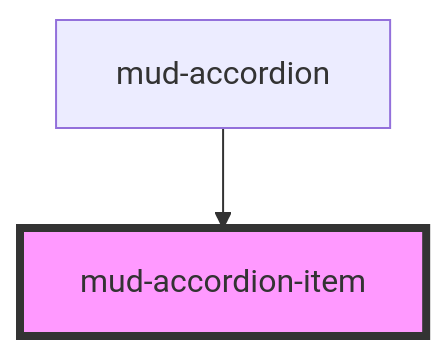
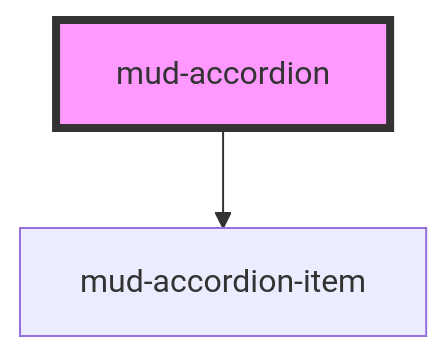
The diagram in src/components/mud-accordion/readme.md (egov-moldova/design-system), drawn with Mermaid before and after one commit. The commit also changed other lines of this file and 4 other files, not shown here.

First line of the commit message:
docs(accordion): restore the container's readme and expose the item's parts

````diff
--- a/src/components/mud-accordion/readme.md
+++ b/src/components/mud-accordion/readme.md
@@ -97,5 +55,5 @@
 ```mermaid
 graph TD;
   mud-accordion --> mud-accordion-item
-  style mud-accordion-item fill:#f9f,stroke:#333,stroke-width:4px
+  style mud-accordion fill:#f9f,stroke:#333,stroke-width:4px
 ```
````
